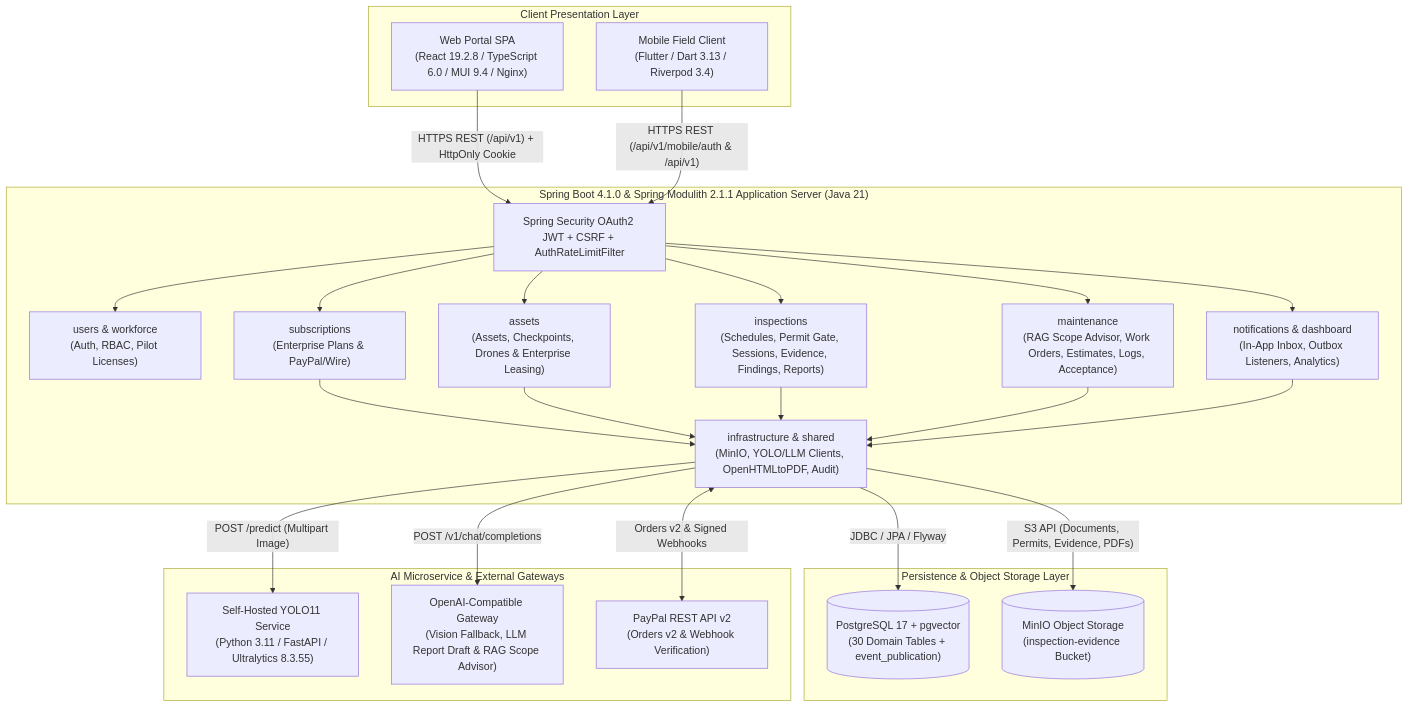
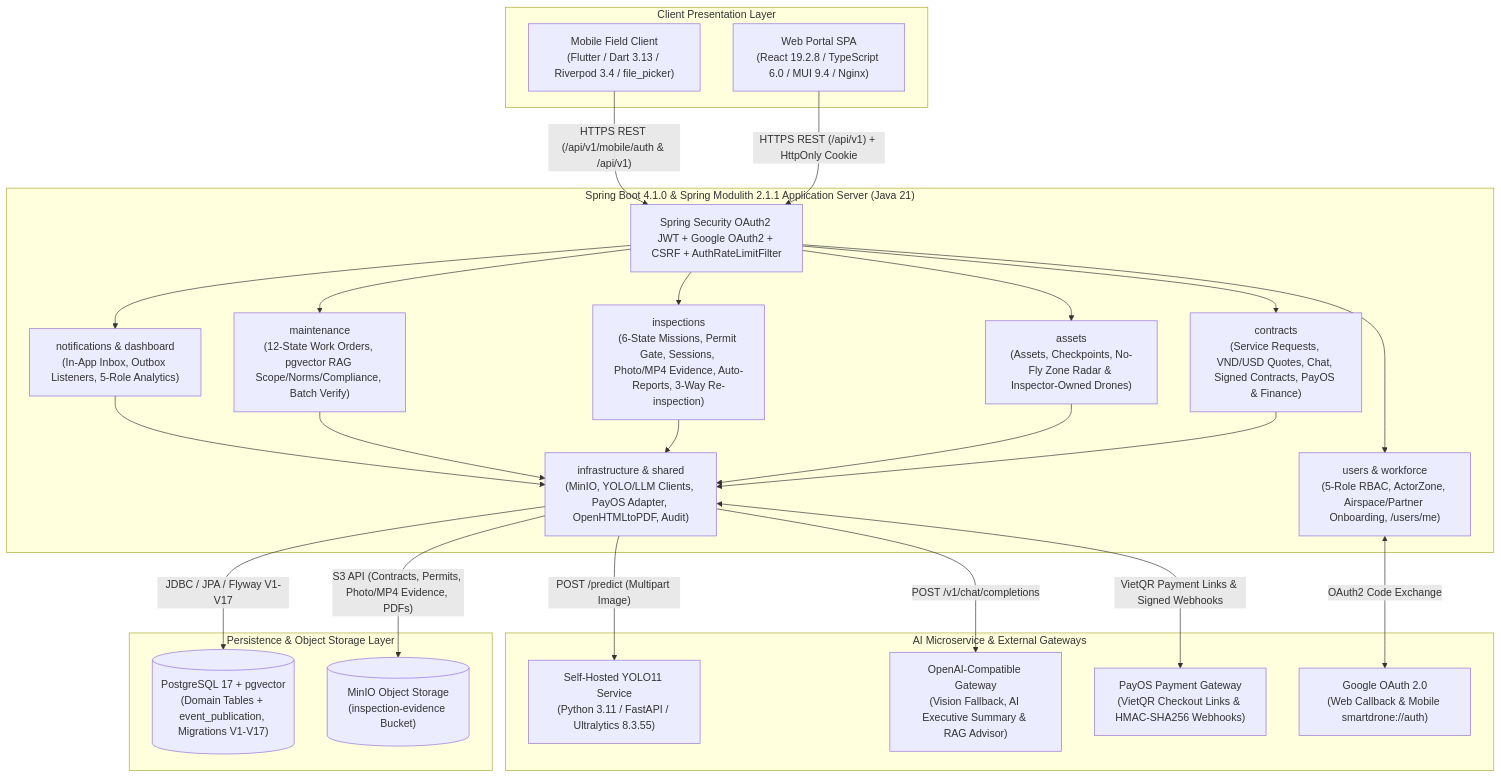
The first of 2 diagrams in reports/report-4-software-design-document/01-system-design.md (tungbach12/SmartDroneInspection-Docs), drawn with Mermaid before and after one commit. The commit also changed other lines of this file and 245 other files, not shown here.

First line of the commit message:
docs(reports): synchronize all reports, diagrams, and test sheets to 5-role 8-feature baseline

````diff
--- a/reports/report-4-software-design-document/01-system-design.md
+++ b/reports/report-4-software-design-document/01-system-design.md
@@ -16,52 +16,54 @@
 ```mermaid
 %% title: System Architecture Diagram
 flowchart TD
   subgraph Clients["Client Presentation Layer"]
     CLIENT_WEB["Web Portal SPA\n(React 19.2.8 / TypeScript 6.0 / MUI 9.4 / Nginx)"]
-    CLIENT_MOB["Mobile Field Client\n(Flutter / Dart 3.13 / Riverpod 3.4)"]
+    CLIENT_MOB["Mobile Field Client\n(Flutter / Dart 3.13 / Riverpod 3.4 / file_picker)"]
   end
 
   subgraph Backend["Spring Boot 4.1.0 & Spring Modulith 2.1.1 Application Server (Java 21)"]
-    SEC_FILTER["Spring Security OAuth2 JWT + CSRF + AuthRateLimitFilter"]
-    MOD_USERS["users & workforce\n(Auth, RBAC, Pilot Licenses)"]
-    MOD_SUBS["subscriptions\n(Enterprise Plans & PayPal/Wire)"]
-    MOD_ASSETS["assets\n(Assets, Checkpoints, Drones & Enterprise Leasing)"]
-    MOD_INSP["inspections\n(Schedules, Permit Gate, Sessions, Evidence, Findings, Reports)"]
-    MOD_MAINT["maintenance\n(RAG Scope Advisor, Work Orders, Estimates, Logs, Acceptance)"]
-    MOD_NOTIF["notifications & dashboard\n(In-App Inbox, Outbox Listeners, Analytics)"]
-    MOD_INFRA["infrastructure & shared\n(MinIO, YOLO/LLM Clients, OpenHTMLtoPDF, Audit)"]
+    SEC_FILTER["Spring Security OAuth2 JWT + Google OAuth2 + CSRF + AuthRateLimitFilter"]
+    MOD_USERS["users & workforce\n(5-Role RBAC, ActorZone, Airspace/Partner Onboarding, /users/me)"]
+    MOD_CONTRACTS["contracts\n(Service Requests, VND/USD Quotes, Chat, Signed Contracts, PayOS & Finance)"]
+    MOD_ASSETS["assets\n(Assets, Checkpoints, No-Fly Zone Radar & Inspector-Owned Drones)"]
+    MOD_INSP["inspections\n(6-State Missions, Permit Gate, Sessions, Photo/MP4 Evidence, Auto-Reports, 3-Way Re-inspection)"]
+    MOD_MAINT["maintenance\n(12-State Work Orders, pgvector RAG Scope/Norms/Compliance, Batch Verify)"]
+    MOD_NOTIF["notifications & dashboard\n(In-App Inbox, Outbox Listeners, 5-Role Analytics)"]
+    MOD_INFRA["infrastructure & shared\n(MinIO, YOLO/LLM Clients, PayOS Adapter, OpenHTMLtoPDF, Audit)"]
   end
 
   subgraph DataAndStorage["Persistence & Object Storage Layer"]
-    DB_PG[("PostgreSQL 17 + pgvector\n(30 Domain Tables + event_publication)")]
+    DB_PG[("PostgreSQL 17 + pgvector\n(Domain Tables + event_publication, Migrations V1-V17)")]
     STORE_MINIO[("MinIO Object Storage\n(inspection-evidence Bucket)")]
   end
 
   subgraph ExternalAndAI["AI Microservice & External Gateways"]
     AI_SERVICE["Self-Hosted YOLO11 Service\n(Python 3.11 / FastAPI / Ultralytics 8.3.55)"]
-    LLM_GATEWAY["OpenAI-Compatible Gateway\n(Vision Fallback, LLM Report Draft & RAG Scope Advisor)"]
-    PAYPAL["PayPal REST API v2\n(Orders v2 & Webhook Verification)"]
+    LLM_GATEWAY["OpenAI-Compatible Gateway\n(Vision Fallback, AI Executive Summary & RAG Advisor)"]
+    PAYOS["PayOS Payment Gateway\n(VietQR Checkout Links & HMAC-SHA256 Webhooks)"]
+    GOOGLE_OAUTH["Google OAuth 2.0\n(Web Callback & Mobile smartdrone://auth)"]
   end
 
   CLIENT_WEB -->|"HTTPS REST (/api/v1) + HttpOnly Cookie"| SEC_FILTER
   CLIENT_MOB -->|"HTTPS REST (/api/v1/mobile/auth & /api/v1)"| SEC_FILTER
 
   SEC_FILTER --> MOD_USERS
-  SEC_FILTER --> MOD_SUBS
+  SEC_FILTER --> MOD_CONTRACTS
   SEC_FILTER --> MOD_ASSETS
   SEC_FILTER --> MOD_INSP
   SEC_FILTER --> MOD_MAINT
   SEC_FILTER --> MOD_NOTIF
 
-  MOD_SUBS --> MOD_INFRA
+  MOD_CONTRACTS --> MOD_INFRA
   MOD_ASSETS --> MOD_INFRA
   MOD_INSP --> MOD_INFRA
   MOD_MAINT --> MOD_INFRA
   MOD_NOTIF --> MOD_INFRA
 
-  MOD_INFRA -->|"JDBC / JPA / Flyway"| DB_PG
-  MOD_INFRA -->|"S3 API (Documents, Permits, Evidence, PDFs)"| STORE_MINIO
+  MOD_INFRA -->|"JDBC / JPA / Flyway V1-V17"| DB_PG
+  MOD_INFRA -->|"S3 API (Contracts, Permits, Photo/MP4 Evidence, PDFs)"| STORE_MINIO
   MOD_INFRA -->|"POST /predict (Multipart Image)"| AI_SERVICE
   MOD_INFRA -->|"POST /v1/chat/completions"| LLM_GATEWAY
-  MOD_INFRA <-->|"Orders v2 & Signed Webhooks"| PAYPAL
+  MOD_INFRA <-->|"VietQR Payment Links & Signed Webhooks"| PAYOS
+  MOD_USERS <-->|"OAuth2 Code Exchange"| GOOGLE_OAUTH
 ```
````
